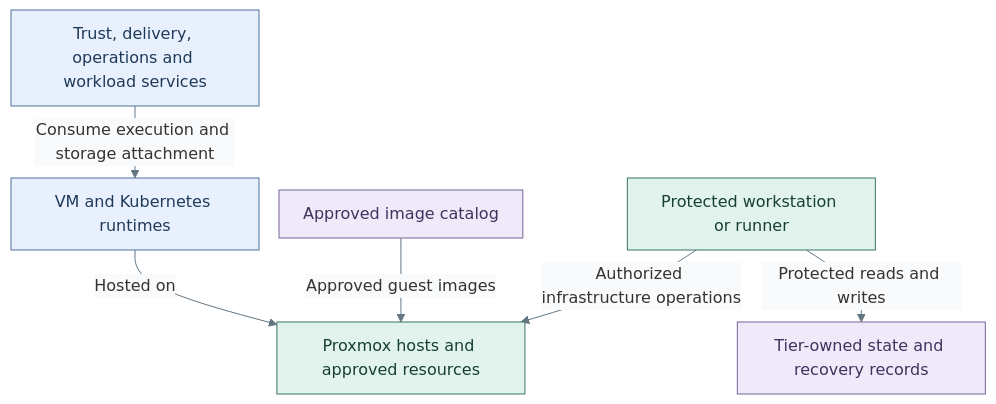
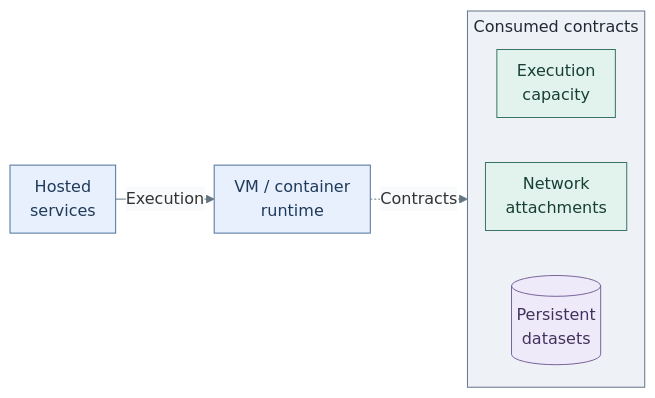
The diagram in docs/01-architecture/04-hosting/README.md (Rexus/homelab), drawn with Mermaid before and after one commit. The commit also changed other lines of this file and 279 other files, not shown here.

````diff
--- a/docs/01-architecture/04-hosting/README.md
+++ b/docs/01-architecture/04-hosting/README.md
@@ -108,22 +12,24 @@
 ```mermaid
-%%{init: {"theme":"base","flowchart":{"nodeSpacing":20,"rankSpacing":24,"padding":12,"subGraphTitleMargin":{"top":4,"bottom":12}},"themeVariables":{"lineColor":"#627581","edgeLabelBackground":"#f8fafc"}}}%%
-flowchart TB
-  Services["Trust, delivery, operations and workload services"]
-  Runtime["VM and Kubernetes runtimes"]
-  Images["Approved image catalog"]
-  Execution["Protected workstation or runner"]
-  State["Tier-owned state and recovery records"]
-  Hosts["Proxmox hosts and approved resources"]
-  Services -->|Consume execution and storage attachment| Runtime
-  Runtime -->|Hosted on| Hosts
-  Images -->|Approved guest images| Hosts
-  Execution -->|Authorized infrastructure operations| Hosts
-  Execution -->|Protected reads and writes| State
+%%{init: {"theme":"base","flowchart":{"nodeSpacing":16,"rankSpacing":20,"padding":10,"subGraphTitleMargin":{"top":4,"bottom":12}},"themeVariables":{"lineColor":"#627581","edgeLabelBackground":"#f8fafc"}}}%%
+flowchart LR
+  Services["Hosted<br/>services"]
+  Runtime["VM / container<br/>runtime"]
+  subgraph Contracts["Consumed contracts"]
+    direction TB
+    Hosts["Execution<br/>capacity"]
+    Network["Network<br/>attachments"]
+    Storage[("Persistent<br/>datasets")]
+    Hosts ~~~ Network ~~~ Storage
+  end
+  Services -->|Execution| Runtime
+  Runtime -. Contracts .-> Contracts
   classDef default fill:#f8fafc,stroke:#64748b,color:#1f2937
+  classDef boundary fill:#eef2f6,stroke:#64748b,color:#1f2937
   classDef services fill:#e7f0fc,stroke:#4d719b,color:#203a5b
   classDef control fill:#e2f3ed,stroke:#397366,color:#173f36
   classDef data fill:#eeeafa,stroke:#78639b,color:#42325d
+  class Contracts boundary
   class Services,Runtime services
-  class Execution,Hosts control
-  class Images,State data
+  class Hosts,Network control
+  class Storage data
 ```
````
